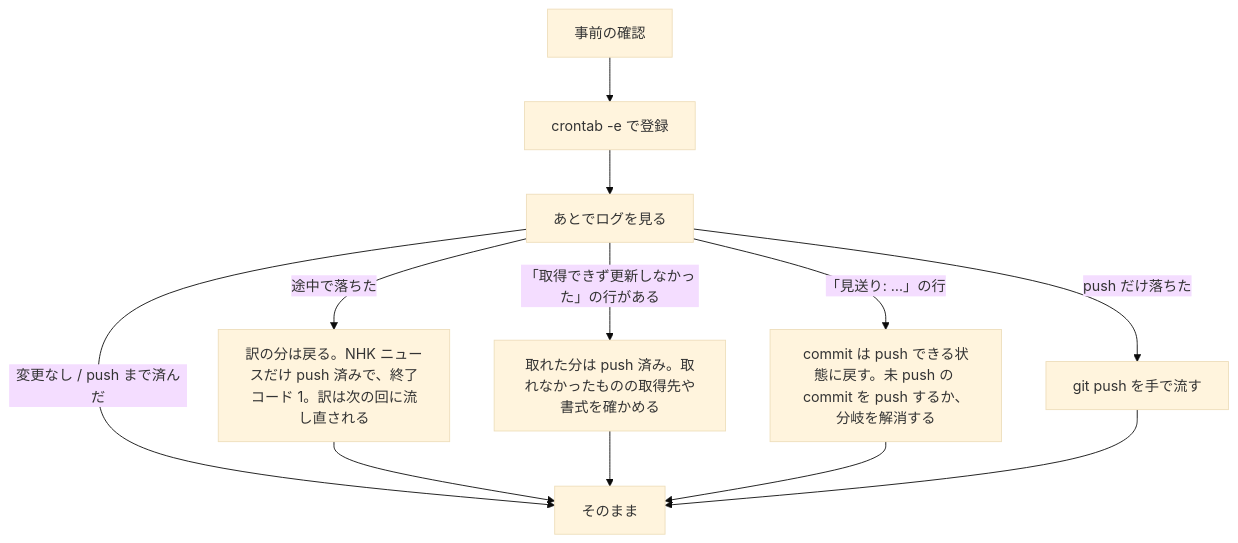
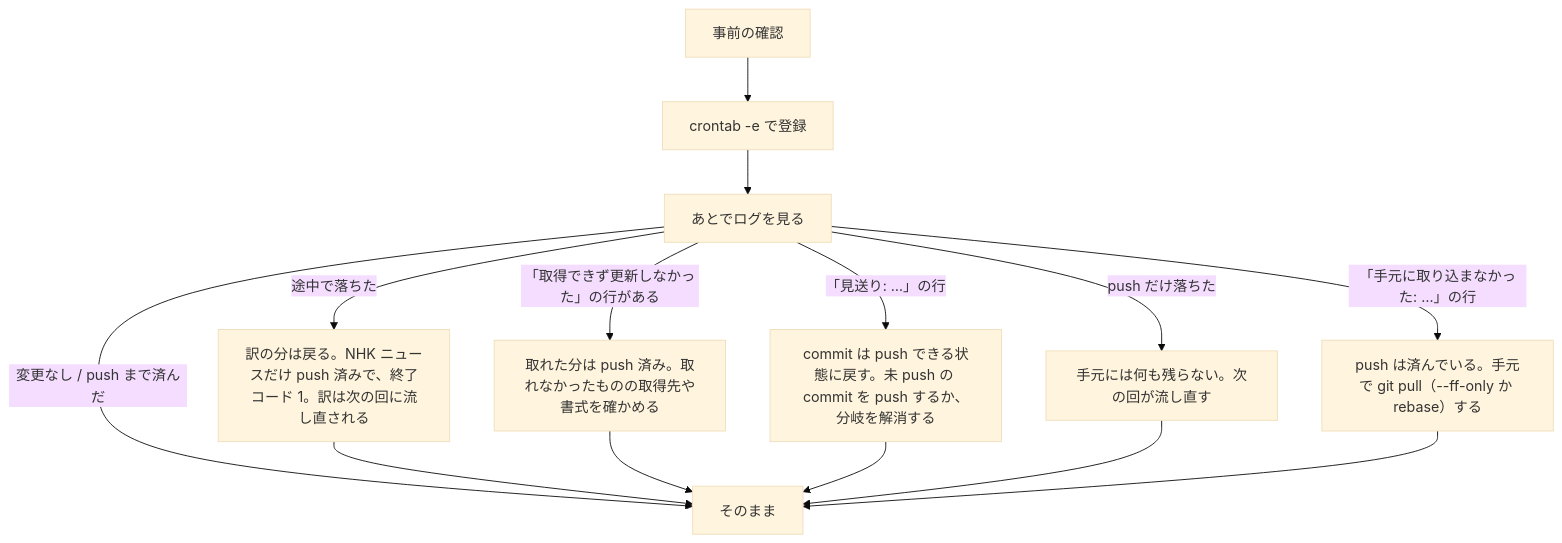
Before and after one commit to ytani01/jp-long-typing: the second of 2 diagrams in docs/update-release-notes.md, drawn with Mermaid (base theme). The commit also changed other lines of this file and 11 other files, not shown here.

````diff
--- a/docs/update-release-notes.md
+++ b/docs/update-release-notes.md
@@ -113,9 +114,10 @@
 ```mermaid
 flowchart TD
   A[事前の確認] --> B["crontab -e で登録"] --> C[あとでログを見る]
   C -->|変更なし / push まで済んだ| D[そのまま]
   C -->|途中で落ちた| F[訳の分は戻る。NHK ニュースだけ push 済みで、終了コード 1。訳は次の回に流し直される] --> D
   C -->|「取得できず更新しなかった」の行がある| G[取れた分は push 済み。取れなかったものの取得先や書式を確かめる] --> D
   C -->|「見送り: …」の行| H[commit は push できる状態に戻す。未 push の commit を push するか、分岐を解消する] --> D
-  C -->|push だけ落ちた| E["git push を手で流す"] --> D
+  C -->|push だけ落ちた| E["手元には何も残らない。次の回が流し直す"] --> D
+  C -->|「手元に取り込まなかった: …」の行| I["push は済んでいる。手元で git pull（--ff-only か rebase）する"] --> D
 ```
````
